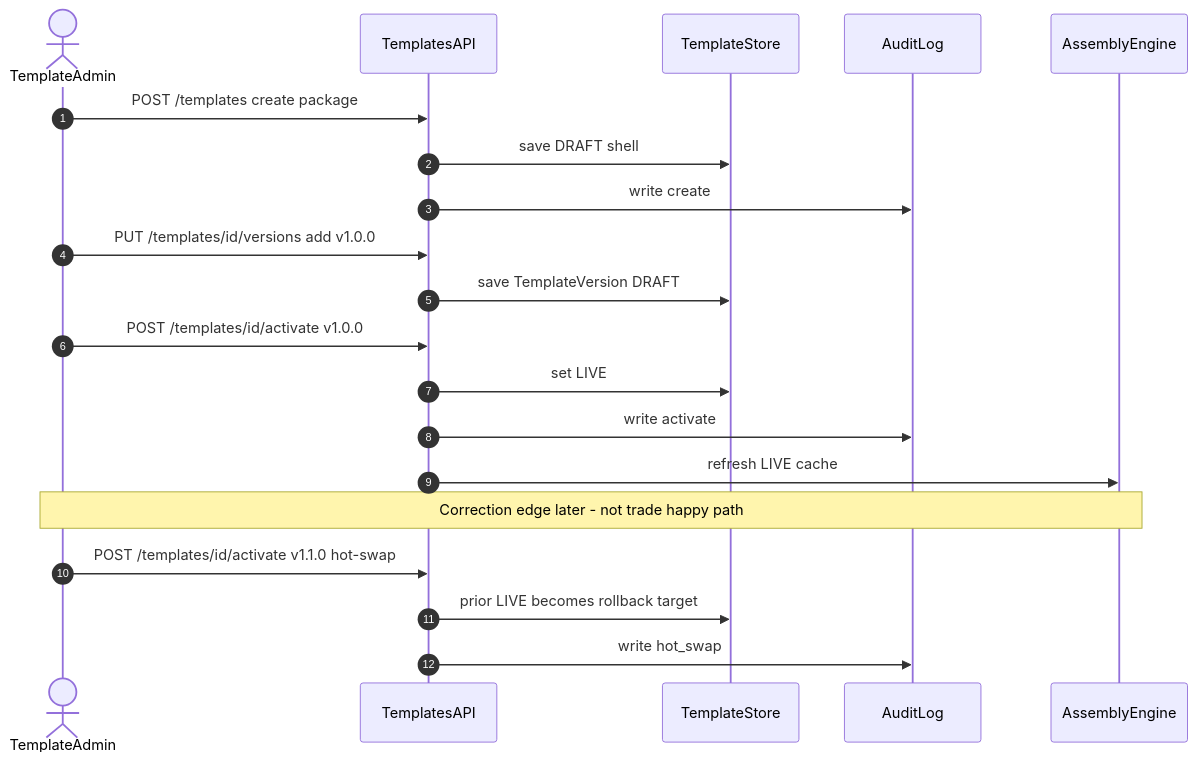
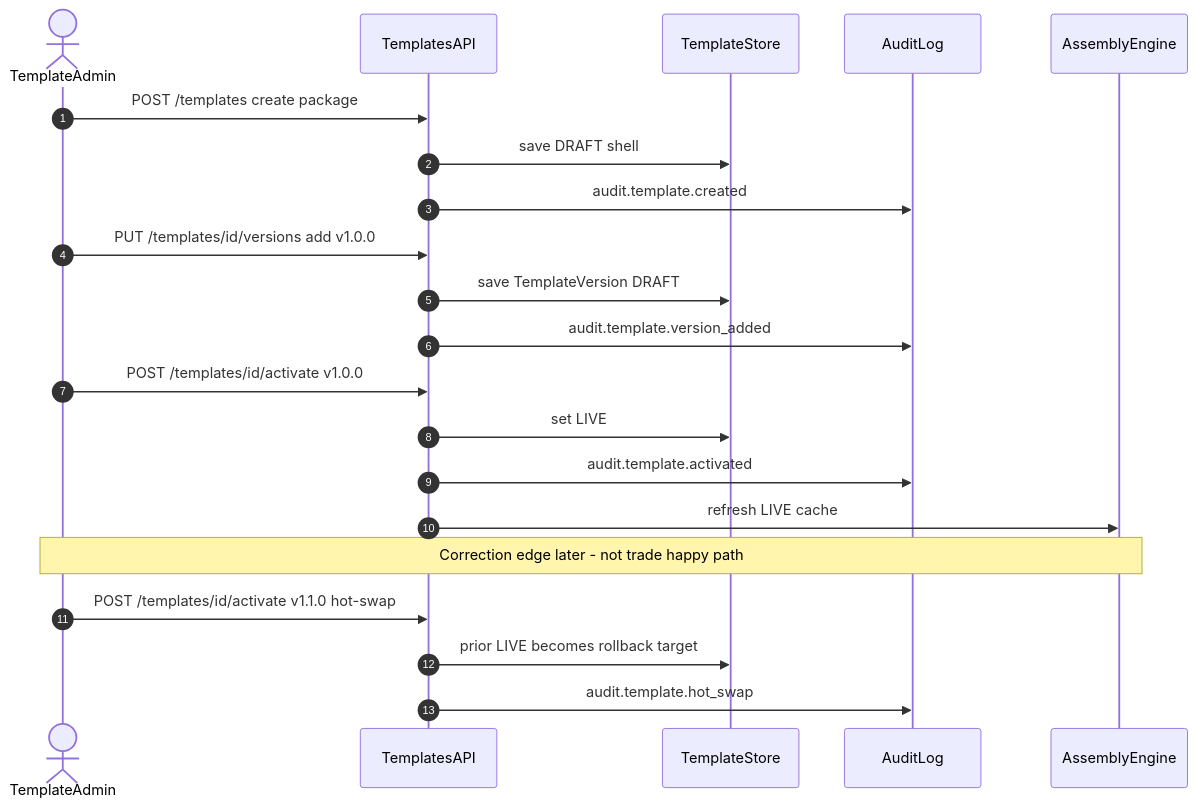
Before and after one commit to dae-nan/con4m8ions: diagram 12 of 17 in docs/prd-cdu-ps-v1.md, drawn with Mermaid. The commit also changed other lines of this file and 5 other files, not shown here.

First line of the commit message:
PRD v1.4: explainers out, story-map mermaid, manual draft, audit

````diff
--- a/docs/prd-cdu-ps-v1.md
+++ b/docs/prd-cdu-ps-v1.md
@@ -542,23 +632,24 @@
 ```mermaid
 sequenceDiagram
   autonumber
   actor Admin as TemplateAdmin
   participant API as TemplatesAPI
   participant Store as TemplateStore
   participant Audit as AuditLog
   participant Eng as AssemblyEngine
 
   Admin->>API: POST /templates create package
   API->>Store: save DRAFT shell
-  API->>Audit: write create
+  API->>Audit: audit.template.created
   Admin->>API: PUT /templates/id/versions add v1.0.0
   API->>Store: save TemplateVersion DRAFT
+  API->>Audit: audit.template.version_added
   Admin->>API: POST /templates/id/activate v1.0.0
   API->>Store: set LIVE
-  API->>Audit: write activate
+  API->>Audit: audit.template.activated
   API->>Eng: refresh LIVE cache
   Note over Admin,Eng: Correction edge later - not trade happy path
   Admin->>API: POST /templates/id/activate v1.1.0 hot-swap
   API->>Store: prior LIVE becomes rollback target
-  API->>Audit: write hot_swap
+  API->>Audit: audit.template.hot_swap
 ```
````
